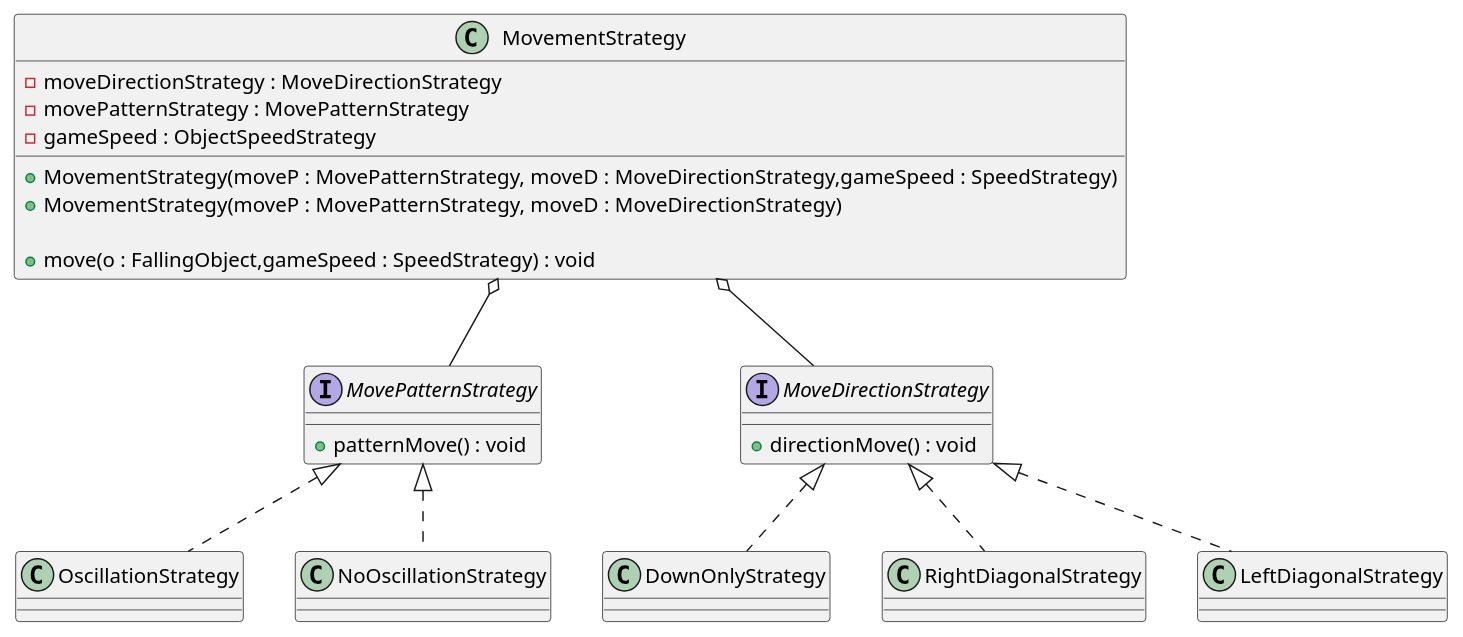
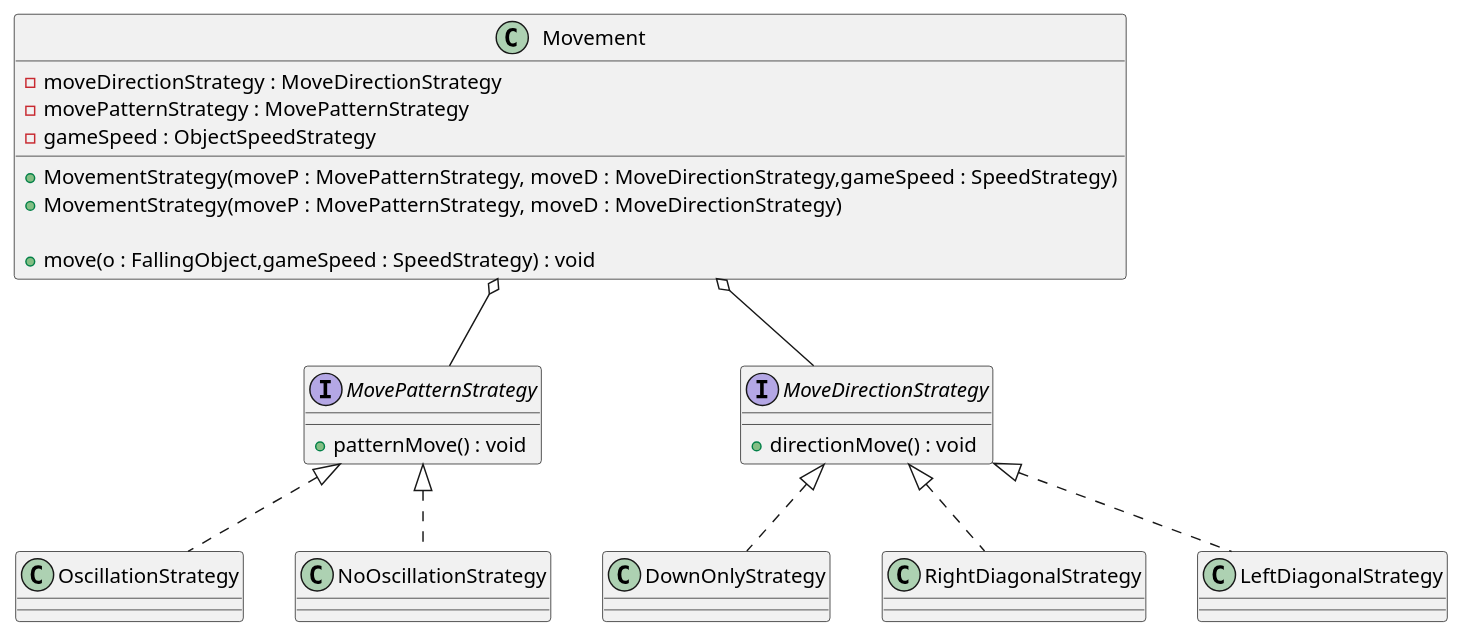
Before and after one commit to shadyalattarr/Circus-of-Plates: the diagram in UML/Design Patterns/MovementStrategy.wsd, drawn with PlantUML. The commit also changed 3 other files, not shown here.

```diff
--- a/UML/Design Patterns/MovementStrategy.wsd
+++ b/UML/Design Patterns/MovementStrategy.wsd
@@ -1,54 +1,54 @@
 @startuml MovementStrategy
 
-class MovementStrategy{
+class Movement{
     -moveDirectionStrategy : MoveDirectionStrategy
     -movePatternStrategy : MovePatternStrategy
     -gameSpeed : ObjectSpeedStrategy
     +MovementStrategy(moveP : MovePatternStrategy, moveD : MoveDirectionStrategy,gameSpeed : SpeedStrategy)
     +MovementStrategy(moveP : MovePatternStrategy, moveD : MoveDirectionStrategy) 
     /'second constructor to make a movement without speed aka difault speed?'/
 
     +move(o : FallingObject,gameSpeed : SpeedStrategy) : void
 }
 
 
 interface MovePatternStrategy { 
     +patternMove() : void
 }
 
 class OscillationStrategy { 
 
 }
 
 
 class NoOscillationStrategy { 
     
 }
 
 interface MoveDirectionStrategy{
     +directionMove() : void
 }
 
 class DownOnlyStrategy{
 
 }
 
 class RightDiagonalStrategy {
 
 }
 
 class LeftDiagonalStrategy {
 
 }
 
-MovementStrategy o-- MoveDirectionStrategy
-MovementStrategy o-- MovePatternStrategy
+Movement o-- MoveDirectionStrategy
+Movement o-- MovePatternStrategy
 
 MoveDirectionStrategy <|.. DownOnlyStrategy 
 MoveDirectionStrategy <|.. RightDiagonalStrategy 
 MoveDirectionStrategy <|.. LeftDiagonalStrategy 
 
 MovePatternStrategy <|.. NoOscillationStrategy
 MovePatternStrategy <|.. OscillationStrategy
 
 @enduml
```
